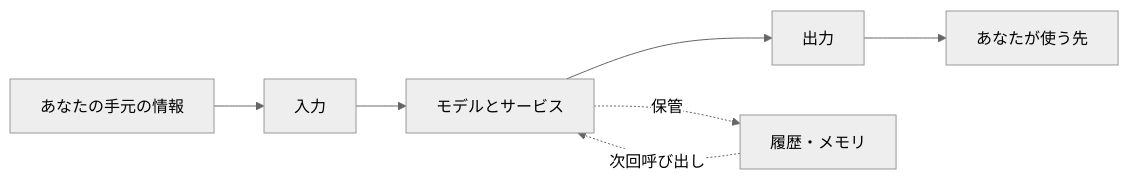
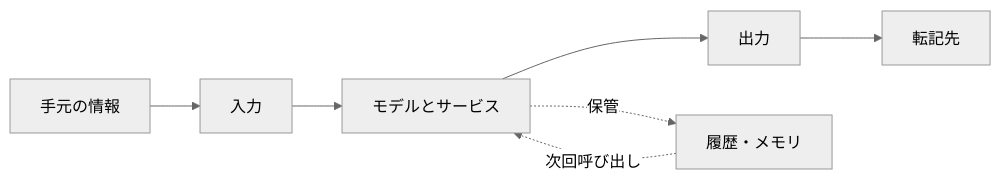
Before and after one commit to ma2saka/docs-claude-sample: the first of 2 diagrams in docs/09-security-individual.md, drawn with Mermaid (neutral theme). The commit also changed other lines of this file, not shown here.

````diff
--- a/docs/09-security-individual.md
+++ b/docs/09-security-individual.md
@@ -25,9 +25,9 @@
 ```mermaid
 flowchart LR
-    A[あなたの手元の情報] --> B[入力]
+    A[手元の情報] --> B[入力]
     B --> C[モデルとサービス]
     C --> D[出力]
-    D --> E[あなたが使う先]
+    D --> E[転記先]
     C -.保管.-> F[履歴・メモリ]
     F -.次回呼び出し.-> C
 ```
````
